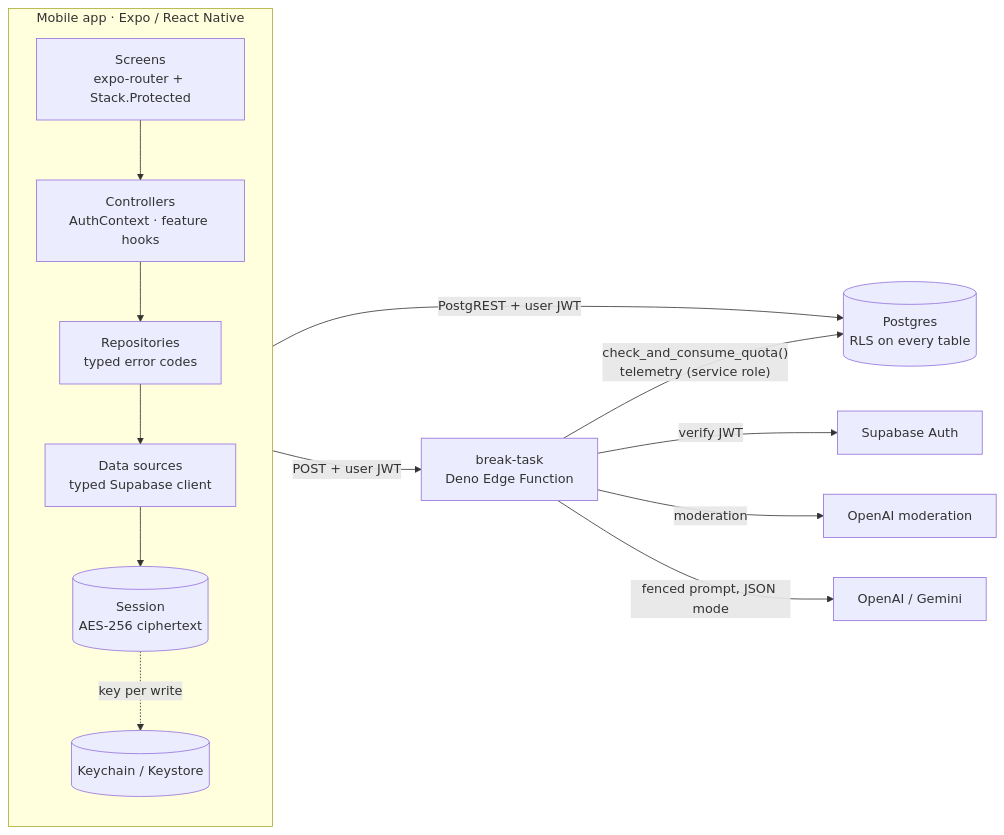
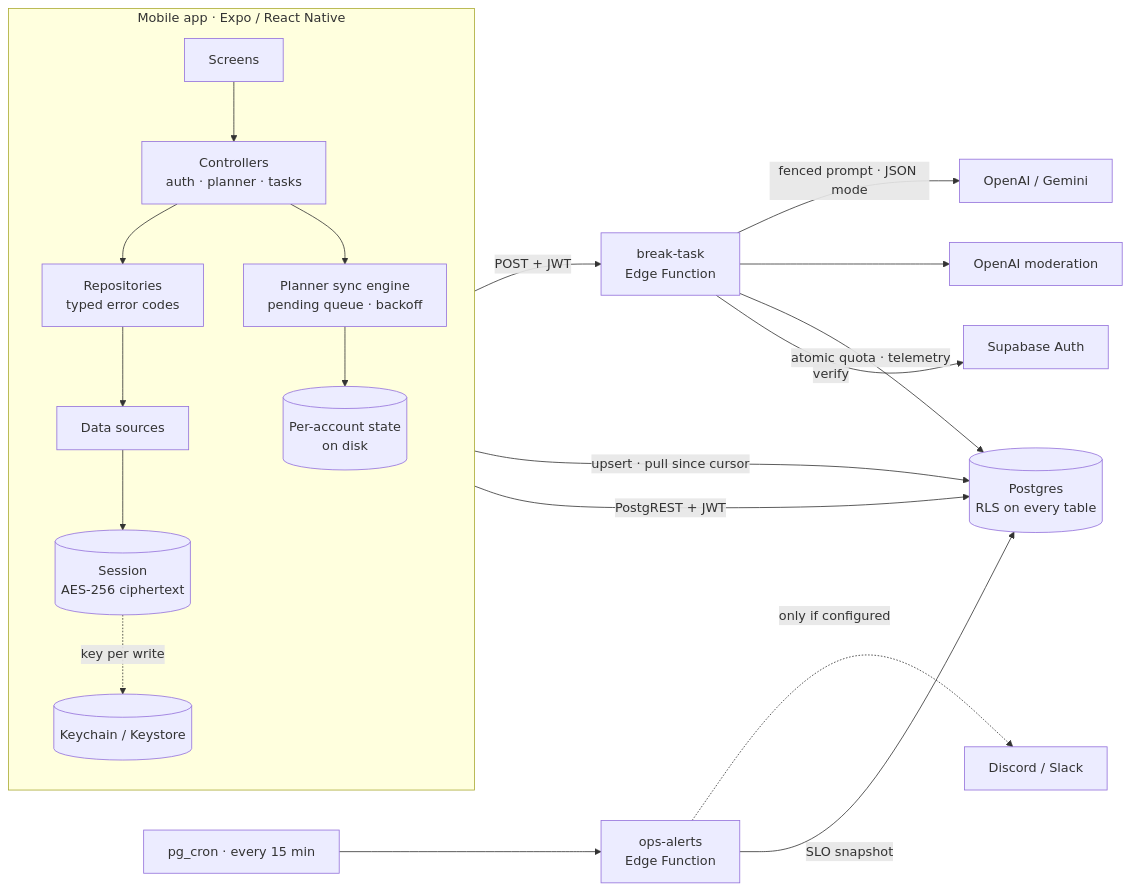
Before and after one commit to ahmetHakanSenel/Minito: the first of 2 diagrams in README.md, drawn with Mermaid. The commit also changed other lines of this file and 9 other files, not shown here.

````diff
--- a/README.md
+++ b/README.md
@@ -38,18 +46,24 @@
 ```mermaid
 flowchart LR
   subgraph Device["Mobile app · Expo / React Native"]
     direction TB
-    UI["Screens<br/>expo-router + Stack.Protected"] --> CTRL["Controllers<br/>AuthContext · feature hooks"]
+    UI["Screens"] --> CTRL["Controllers<br/>auth · planner · tasks"]
     CTRL --> REPO["Repositories<br/>typed error codes"]
-    REPO --> DATA["Data sources<br/>typed Supabase client"]
+    REPO --> DATA["Data sources"]
+    CTRL --> PSYNC["Planner sync engine<br/>pending queue · backoff"]
+    PSYNC --> LOCAL[("Per-account state<br/>on disk")]
     DATA --> SESSION[("Session<br/>AES-256 ciphertext")]
     SESSION -. "key per write" .-> KEYCHAIN[("Keychain / Keystore")]
   end
 
-  DATA -- "PostgREST + user JWT" --> PG[("Postgres<br/>RLS on every table")]
-  DATA -- "POST + user JWT" --> EF["break-task<br/>Deno Edge Function"]
-  EF -- "verify JWT" --> AUTH["Supabase Auth"]
-  EF -- "check_and_consume_quota()<br/>telemetry (service role)" --> PG
-  EF -- "moderation" --> MOD["OpenAI moderation"]
-  EF -- "fenced prompt, JSON mode" --> AI["OpenAI / Gemini"]
+  DATA -- "PostgREST + JWT" --> PG[("Postgres<br/>RLS on every table")]
+  PSYNC -- "upsert · pull since cursor" --> PG
+  DATA -- "POST + JWT" --> EF["break-task<br/>Edge Function"]
+  EF -- "verify" --> AUTH["Supabase Auth"]
+  EF -- "atomic quota · telemetry" --> PG
+  EF --> MOD["OpenAI moderation"]
+  EF -- "fenced prompt · JSON mode" --> AI["OpenAI / Gemini"]
+  CRON["pg_cron · every 15 min"] --> OPS["ops-alerts<br/>Edge Function"]
+  OPS -- "SLO snapshot" --> PG
+  OPS -. "only if configured" .-> HOOK["Discord / Slack"]
 ```
````
